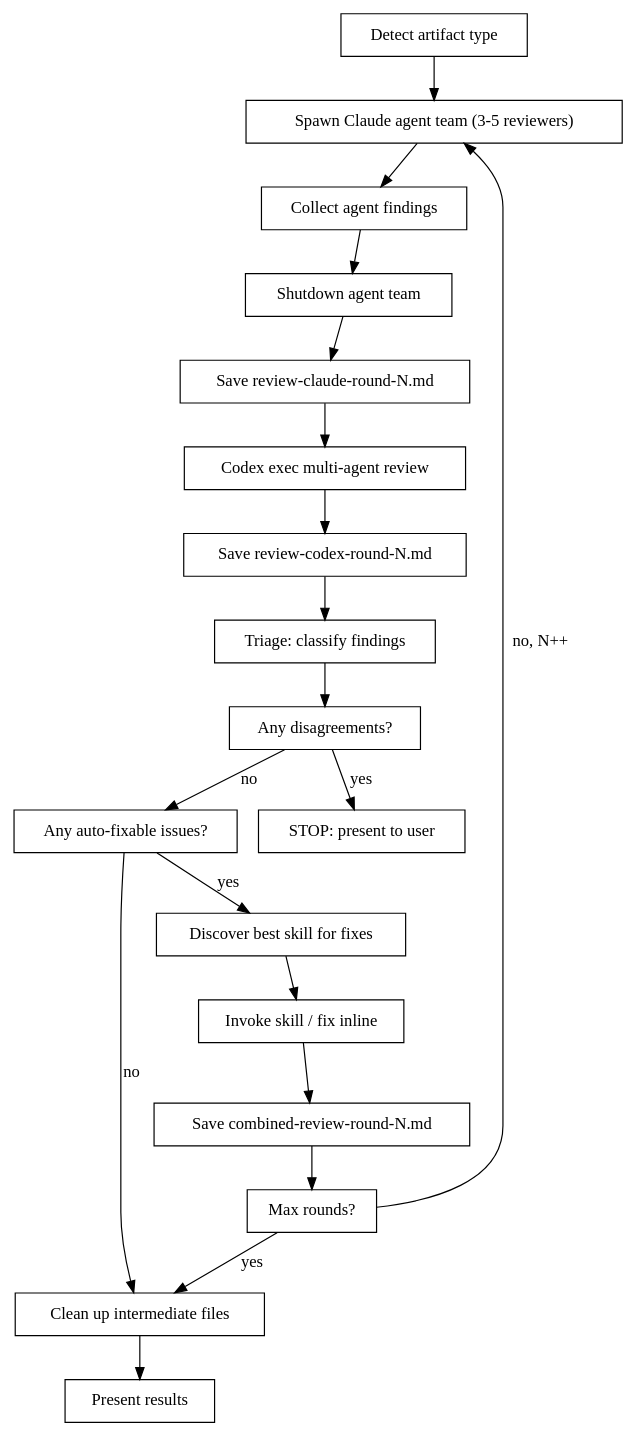
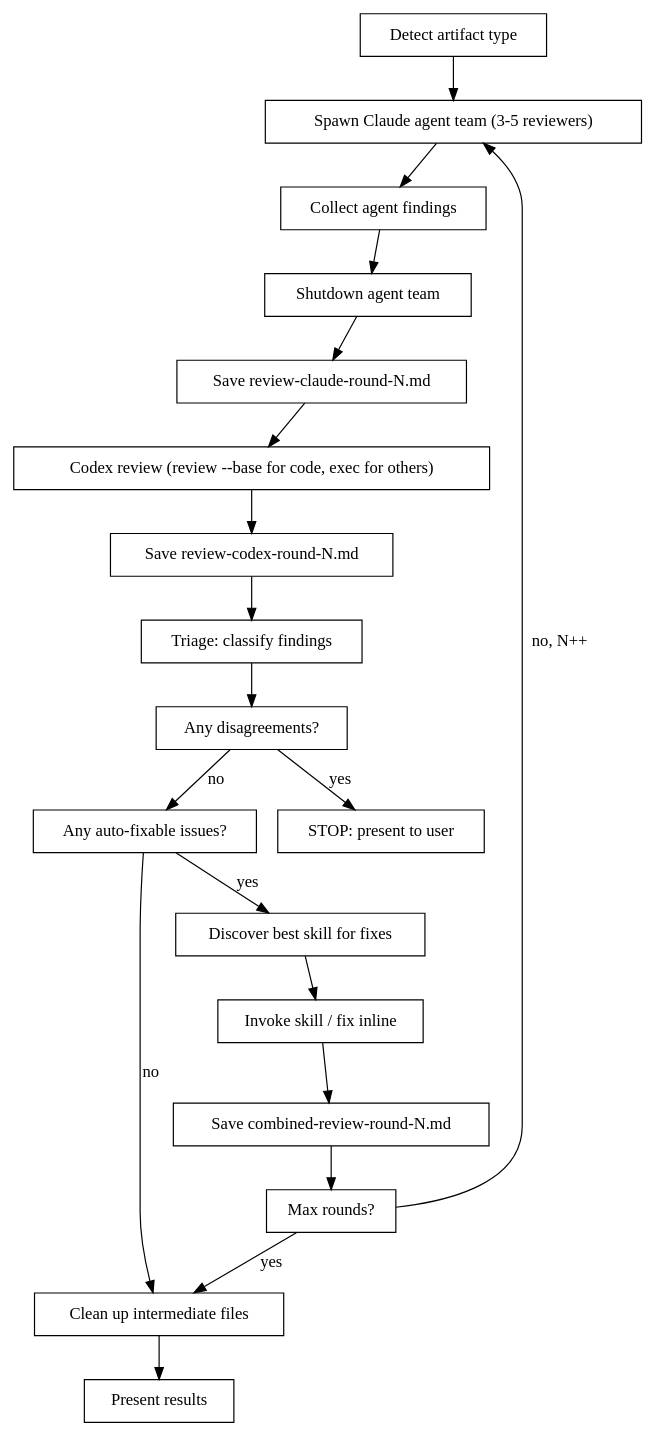
The diagram in plugins/cross-review/skills/cross-review/SKILL.md (DmitriyYukhanov/claude-plugins), drawn with Graphviz before and after one commit. The commit also changed other lines of this file and 1 other file, not shown here.

First line of the commit message:
Improve Codex prompting in cross-review skill

````diff
--- a/plugins/cross-review/skills/cross-review/SKILL.md
+++ b/plugins/cross-review/skills/cross-review/SKILL.md
@@ -37,29 +37,29 @@
 ```dot
 digraph cross_review_loop {
     rankdir=TB;
     node [shape=box];
 
     "Detect artifact type" -> "Spawn Claude agent team (3-5 reviewers)";
     "Spawn Claude agent team (3-5 reviewers)" -> "Collect agent findings";
     "Collect agent findings" -> "Shutdown agent team";
     "Shutdown agent team" -> "Save review-claude-round-N.md";
-    "Save review-claude-round-N.md" -> "Codex exec multi-agent review";
-    "Codex exec multi-agent review" -> "Save review-codex-round-N.md";
+    "Save review-claude-round-N.md" -> "Codex review (review --base for code, exec for others)";
+    "Codex review (review --base for code, exec for others)" -> "Save review-codex-round-N.md";
     "Save review-codex-round-N.md" -> "Triage: classify findings";
 
     "Triage: classify findings" -> "Any disagreements?" [shape=diamond];
     "Any disagreements?" -> "STOP: present to user" [label="yes"];
     "Any disagreements?" -> "Any auto-fixable issues?" [label="no"];
 
     "Any auto-fixable issues?" -> "Discover best skill for fixes" [label="yes"];
     "Any auto-fixable issues?" -> "Clean up intermediate files" [label="no"];
 
     "Discover best skill for fixes" -> "Invoke skill / fix inline";
     "Invoke skill / fix inline" -> "Save combined-review-round-N.md";
     "Save combined-review-round-N.md" -> "Max rounds?" [shape=diamond];
     "Max rounds?" -> "Clean up intermediate files" [label="yes"];
     "Max rounds?" -> "Spawn Claude agent team (3-5 reviewers)" [label="no, N++"];
 
     "Clean up intermediate files" -> "Present results";
 }
 ```
````
